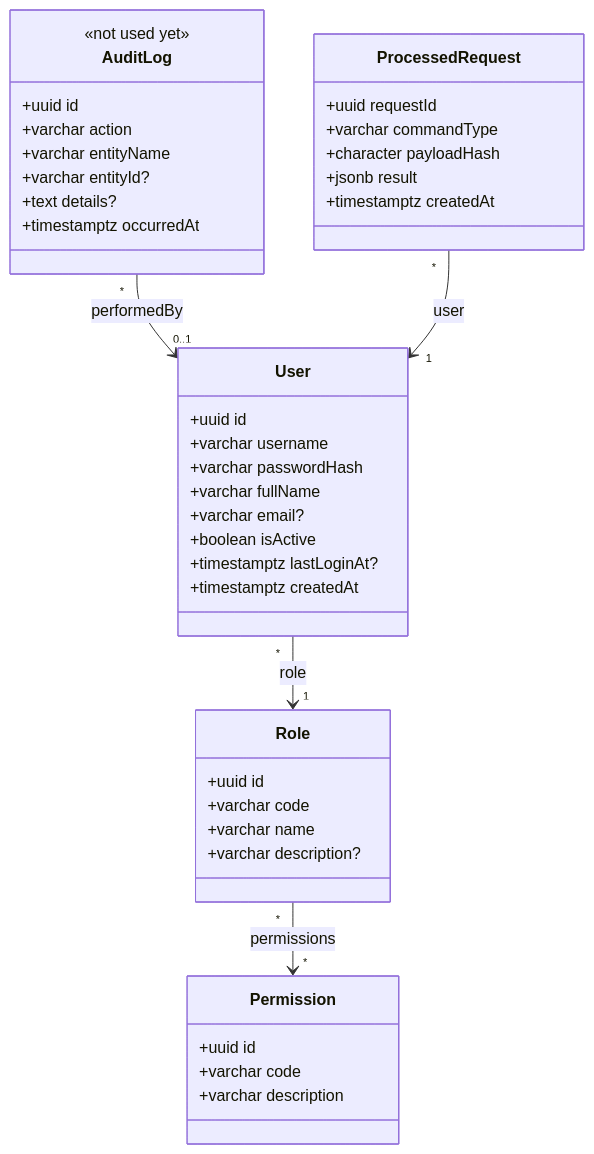
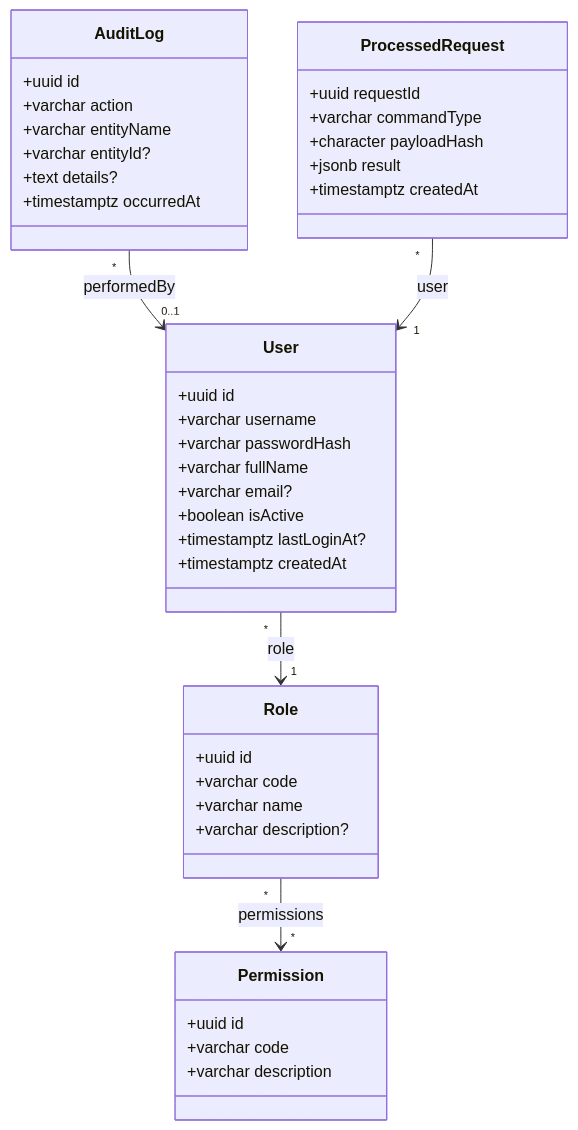
The sixth of 10 diagrams in docs/diagrams/class-diagram.md (NeitLN/261_72ITSE41704_2474802010391_PharmacyStock), drawn with Mermaid before and after one commit. The commit also changed other lines of this file and 17 other files, not shown here.

````diff
--- a/docs/diagrams/class-diagram.md
+++ b/docs/diagrams/class-diagram.md
@@ -343,44 +345,43 @@
 ```mermaid
 classDiagram
     class User {
         +uuid id
         +varchar username
         +varchar passwordHash
         +varchar fullName
         +varchar email?
         +boolean isActive
         +timestamptz lastLoginAt?
         +timestamptz createdAt
     }
     class Role {
         +uuid id
         +varchar code
         +varchar name
         +varchar description?
     }
     class Permission {
         +uuid id
         +varchar code
         +varchar description
     }
     class AuditLog {
-        <<not used yet>>
         +uuid id
         +varchar action
         +varchar entityName
         +varchar entityId?
         +text details?
         +timestamptz occurredAt
     }
     class ProcessedRequest {
         +uuid requestId
         +varchar commandType
         +character payloadHash
         +jsonb result
         +timestamptz createdAt
     }
     User "*" --> "1" Role : role
     Role "*" --> "*" Permission : permissions
     AuditLog "*" --> "0..1" User : performedBy
     ProcessedRequest "*" --> "1" User : user
 ```
````
